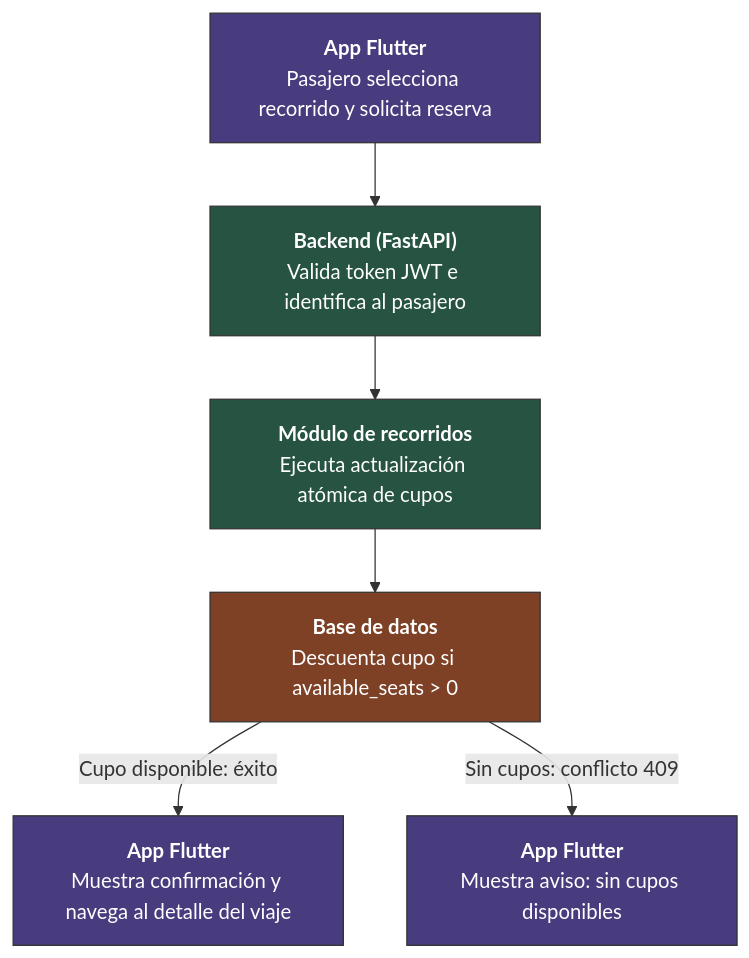
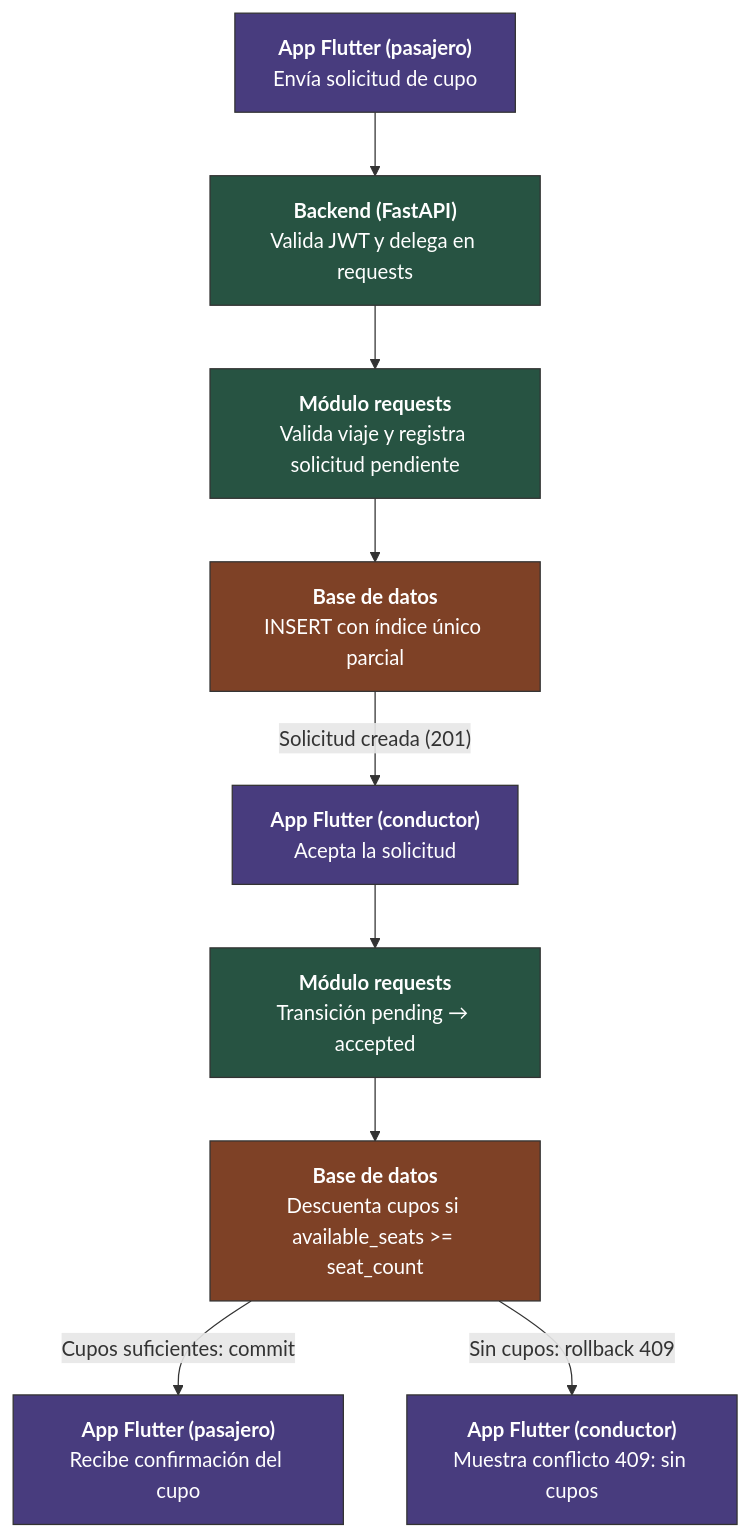
The third of 3 diagrams in docs/arc42/06_vista_de_ejecucion.md (ISCOUTB/AS_202620_ROUTB), drawn with Mermaid before and after one commit. The commit also changed other lines of this file and 17 other files, not shown here.

````diff
--- a/docs/arc42/06_vista_de_ejecucion.md
+++ b/docs/arc42/06_vista_de_ejecucion.md
@@ -116,23 +116,29 @@
 ```mermaid
 flowchart TD
-    A["<b>App Flutter</b><br>Pasajero selecciona recorrido y solicita reserva"]
-    B["<b>Backend (FastAPI)</b><br>Valida token JWT e identifica al pasajero"]
-    C["<b>Módulo de recorridos</b><br>Ejecuta actualización atómica de cupos"]
-    D["<b>Base de datos</b><br>Descuenta cupo si available_seats > 0"]
-    E1["<b>App Flutter</b><br>Muestra confirmación y navega al detalle del viaje"]
-    E2["<b>App Flutter</b><br>Muestra aviso: sin cupos disponibles"]
+    A["<b>App Flutter (pasajero)</b><br>Envía solicitud de cupo"]
+    B["<b>Backend (FastAPI)</b><br>Valida JWT y delega en requests"]
+    C["<b>Módulo requests</b><br>Valida viaje y registra solicitud pendiente"]
+    D["<b>Base de datos</b><br>INSERT con índice único parcial"]
+    E["<b>App Flutter (conductor)</b><br>Acepta la solicitud"]
+    F["<b>Módulo requests</b><br>Transición pending → accepted"]
+    G["<b>Base de datos</b><br>Descuenta cupos si available_seats >= seat_count"]
+    H1["<b>App Flutter (pasajero)</b><br>Recibe confirmación del cupo"]
+    H2["<b>App Flutter (conductor)</b><br>Muestra conflicto 409: sin cupos"]
 
     A --> B
     B --> C
     C --> D
-    D -->|"Cupo disponible: éxito"| E1
-    D -->|"Sin cupos: conflicto 409"| E2
+    D -->|"Solicitud creada (201)"| E
+    E --> F
+    F --> G
+    G -->|"Cupos suficientes: commit"| H1
+    G -->|"Sin cupos: rollback 409"| H2
 
     classDef flutter fill:#483C7E,color:#ffffff,stroke:#333333,stroke-width:1px
     classDef backend fill:#275342,color:#ffffff,stroke:#333333,stroke-width:1px
     classDef database fill:#7E4126,color:#ffffff,stroke:#333333,stroke-width:1px
 
-    class A,E1,E2 flutter
-    class B,C backend
-    class D database
+    class A,E,H1,H2 flutter
+    class B,C,F backend
+    class D,G database
 ```
````
